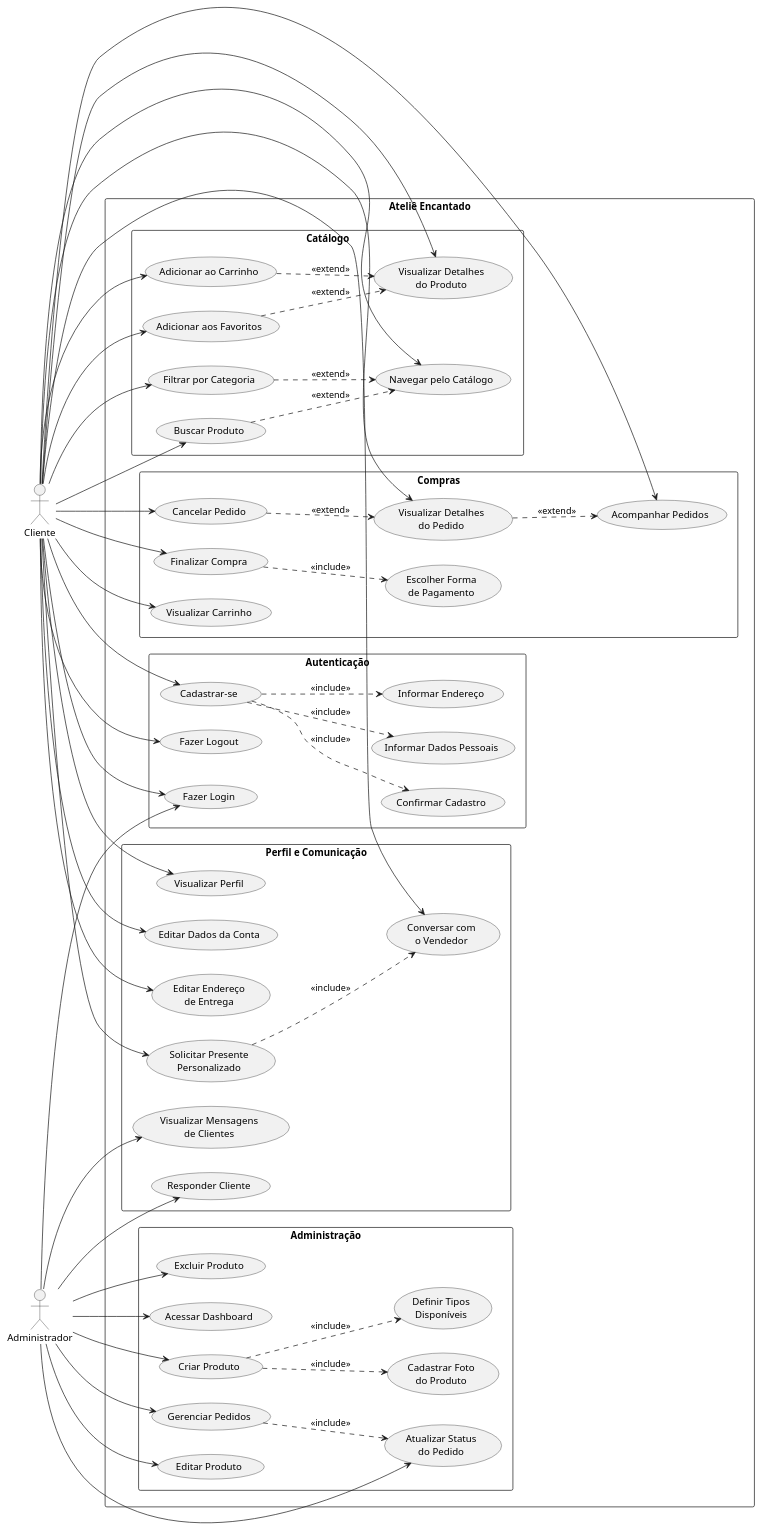
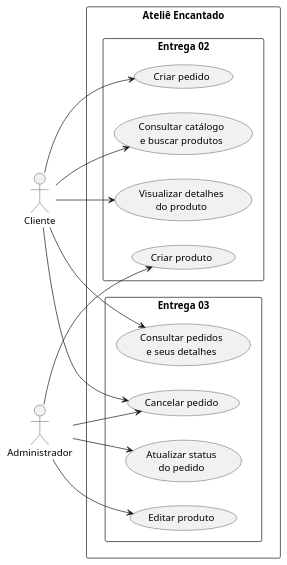
Before and after one commit to euantonioneto/ateli-encantado: the first of 2 diagrams in README.md, drawn with PlantUML. The commit also changed other lines of this file, not shown here.

Commit message:
Fazer o primeiro diagrama de classes do domínio do backend no readme e atualizações dos casos de uso.

````diff
--- a/README.md
+++ b/README.md
@@ -144,102 +150,33 @@
 left to right direction
 skinparam packageStyle rectangle
 
-actor "Cliente" as C
-actor "Administrador" as A
+actor Cliente as C
+actor Administrador as A
 
 rectangle "Ateliê Encantado" {
- package "Autenticação" {
-    usecase "Fazer Login" as UC1
-    usecase "Cadastrar-se" as UC2
-    usecase "Informar Dados Pessoais" as UC2a
-    usecase "Informar Endereço" as UC2b
-    usecase "Confirmar Cadastro" as UC2c
-    usecase "Fazer Logout" as UC3
+  package "Entrega 02" {
+    usecase "Consultar catálogo\ne buscar produtos" as UC1
+    usecase "Visualizar detalhes\ndo produto" as UC2
+    usecase "Criar produto" as UC3
+    usecase "Criar pedido" as UC4
   }
 
-  package "Catálogo" {
-    usecase "Navegar pelo Catálogo" as UC4
-    usecase "Filtrar por Categoria" as UC5
-    usecase "Buscar Produto" as UC24
-    usecase "Visualizar Detalhes\ndo Produto" as UC6
-    usecase "Adicionar aos Favoritos" as UC7
-    usecase "Adicionar ao Carrinho" as UC8
-  }
-
-  package "Compras" {
-    usecase "Visualizar Carrinho" as UC9
-    usecase "Finalizar Compra" as UC10
-    usecase "Escolher Forma\nde Pagamento" as UC11
-    usecase "Acompanhar Pedidos" as UC12
-    usecase "Visualizar Detalhes\ndo Pedido" as UC25
-    usecase "Cancelar Pedido" as UC26
-  }
-
-  package "Perfil e Comunicação" {
-    usecase "Visualizar Perfil" as UC13
-    usecase "Editar Dados da Conta" as UC14
-    usecase "Editar Endereço\nde Entrega" as UC15
-    usecase "Solicitar Presente\nPersonalizado" as UC16
-    usecase "Conversar com\no Vendedor" as UC17
-    usecase "Visualizar Mensagens\nde Clientes" as UC18
-    usecase "Responder Cliente" as UC19
-  }
-
-  package "Administração" {
-    usecase "Acessar Dashboard" as UC20
-    usecase "Gerenciar Pedidos" as UC21
-    usecase "Atualizar Status\ndo Pedido" as UC22
-    usecase "Criar Produto" as UC23
-    usecase "Editar Produto" as UC27
-    usecase "Excluir Produto" as UC28
-    usecase "Cadastrar Foto\ndo Produto" as UC23a
-    usecase "Definir Tipos\nDisponíveis" as UC23b
+  package "Entrega 03" {
+    usecase "Consultar pedidos\ne seus detalhes" as UC5
+    usecase "Editar produto" as UC6
+    usecase "Atualizar status\ndo pedido" as UC7
+    usecase "Cancelar pedido" as UC8
   }
 }
 
 C --> UC1
 C --> UC2
-C --> UC3
+A --> UC3
 C --> UC4
 C --> UC5
-C --> UC24
-C --> UC6
-C --> UC7
+A --> UC6
+A --> UC7
 C --> UC8
-C --> UC9
-C --> UC10
-C --> UC12
-C --> UC25
-C --> UC26
-C --> UC13
-C --> UC14
-C --> UC15
-C --> UC17
-C --> UC16
-
-A --> UC1
-A --> UC20
-A --> UC21
-A --> UC22
-A --> UC23
-A --> UC27
-A --> UC28
-A --> UC18
-A --> UC19
-
-UC5 ..> UC4 : <<extend>>
-UC24 ..> UC4 : <<extend>>
-UC7 ..> UC6 : <<extend>>
-UC8 ..> UC6 : <<extend>>
-UC2 ..> UC2a : <<include>>
-UC2 ..> UC2b : <<include>>
-UC2 ..> UC2c : <<include>>
-UC10 ..> UC11 : <<include>>
-UC25 ..> UC12 : <<extend>>
-UC26 ..> UC25 : <<extend>>
-UC23 ..> UC23a : <<include>>
-UC23 ..> UC23b : <<include>>
-UC21 ..> UC22 : <<include>>
-UC16 ..> UC17 : <<include>>
+A --> UC8
 @enduml
 ```
````
